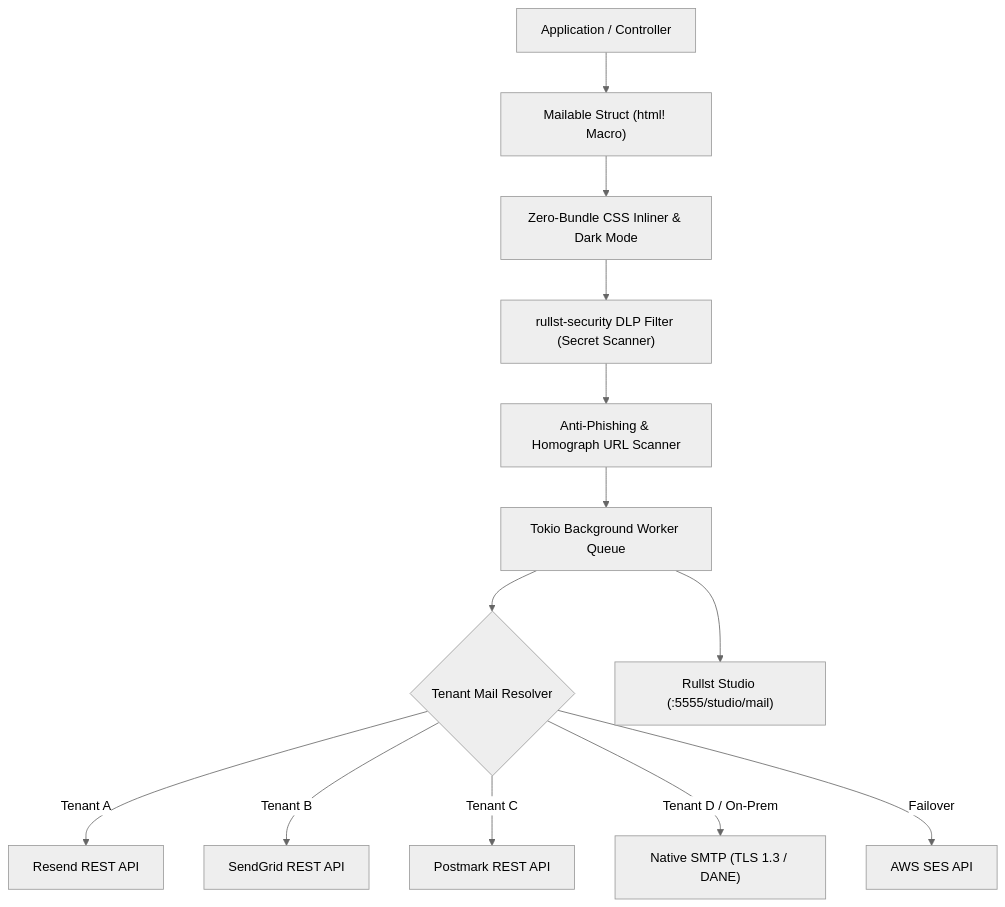
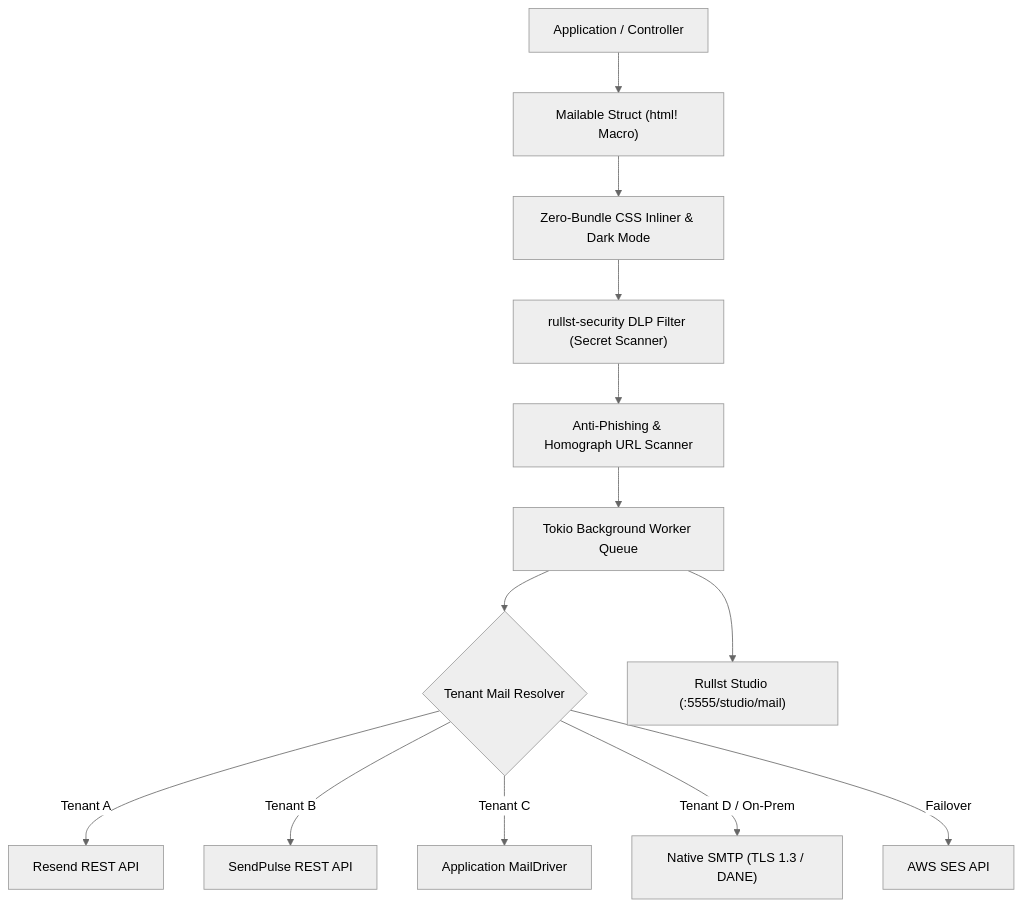
Before and after one commit to Rullst/Rullst: the diagram in rullst-mail/ROADMAP.md, drawn with Mermaid (neutral theme). The commit also changed other lines of this file and 12 other files, not shown here.

````diff
--- a/rullst-mail/ROADMAP.md
+++ b/rullst-mail/ROADMAP.md
@@ -22,15 +22,15 @@
 ```mermaid
 flowchart TD
     App["Application / Controller"] --> Builder["Mailable Struct (html! Macro)"]
     Builder --> Inliner["Zero-Bundle CSS Inliner & Dark Mode"]
     Inliner --> DLP["rullst-security DLP Filter (Secret Scanner)"]
     DLP --> Homograph["Anti-Phishing & Homograph URL Scanner"]
     Homograph --> Queue["Tokio Background Worker Queue"]
     Queue --> Engine{"Tenant Mail Resolver"}
     Engine -->|"Tenant A"| Resend["Resend REST API"]
-    Engine -->|"Tenant B"| SendGrid["SendGrid REST API"]
-    Engine -->|"Tenant C"| Postmark["Postmark REST API"]
+    Engine -->|"Tenant B"| SendPulse["SendPulse REST API"]
+    Engine -->|"Tenant C"| Custom["Application MailDriver"]
     Engine -->|"Tenant D / On-Prem"| SMTP["Native SMTP (TLS 1.3 / DANE)"]
     Engine -->|"Failover"| AWS["AWS SES API"]
     Queue --> Studio["Rullst Studio (:5555/studio/mail)"]
 ```
````
